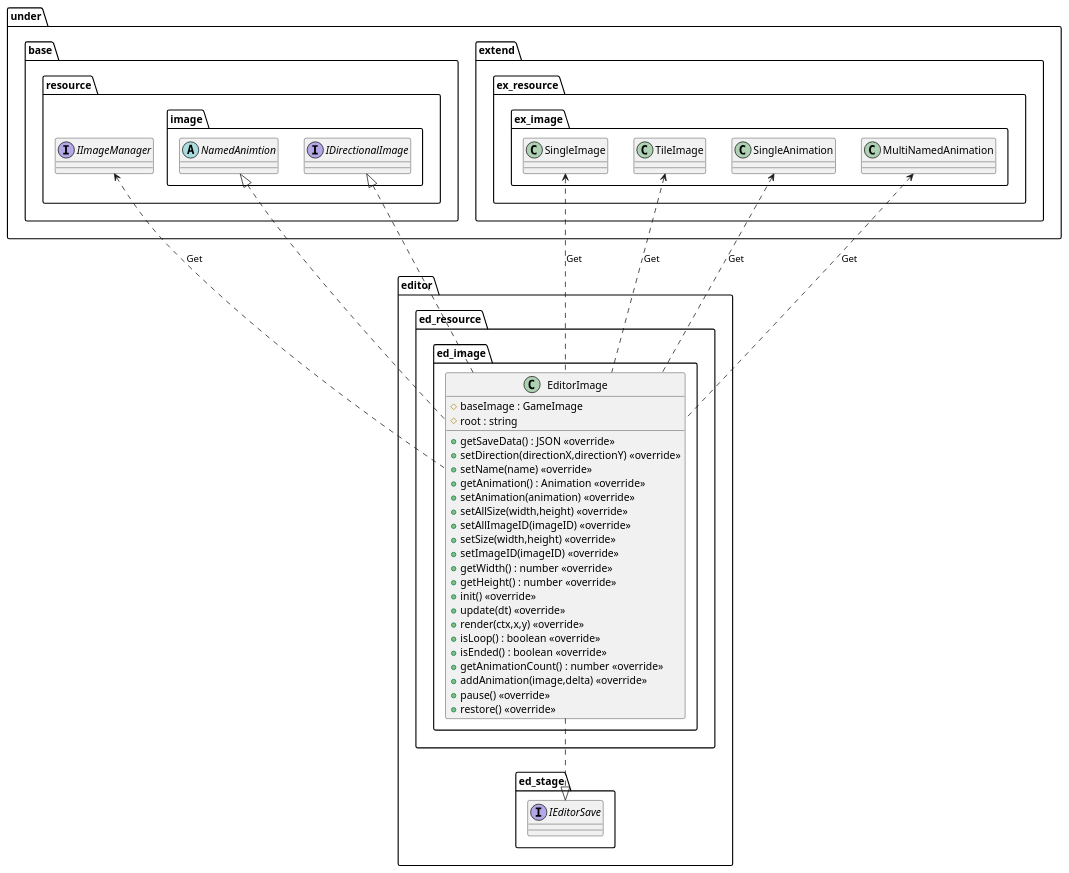
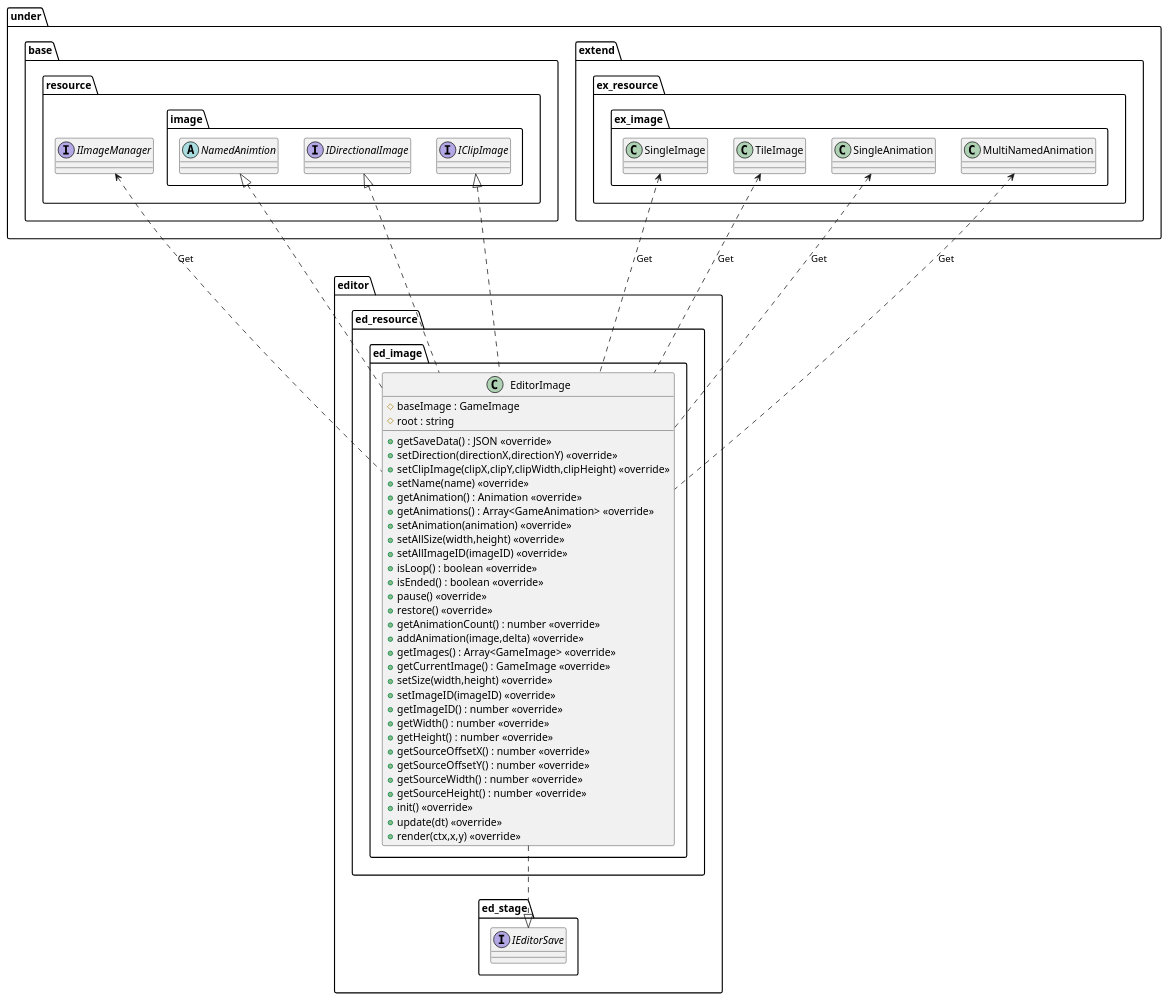
One commit to Expine/Under changed the diagram in uml/editor/element/Image.wsd. Above: the diagram before and after it, drawn with PlantUML. The commit also changed 55 other files, not shown here.

Commit message:
Add transiional image and delegate image, remove some images

```diff
--- a/uml/editor/element/Image.wsd
+++ b/uml/editor/element/Image.wsd
@@ -1,73 +1,83 @@
-@startuml EditorEvent
+@startuml EditorImage
 
 package editor {
     package ed_resource {
         package ed_image {
             class EditorImage {
                 #baseImage : GameImage
                 #root : string
                 +getSaveData() : JSON <<override>>
                 +setDirection(directionX,directionY) <<override>>
+                +setClipImage(clipX,clipY,clipWidth,clipHeight) <<override>>
                 +setName(name) <<override>>
                 +getAnimation() : Animation <<override>>
+                +getAnimations() : Array<GameAnimation> <<override>>
                 +setAnimation(animation) <<override>>
                 +setAllSize(width,height) <<override>>
                 +setAllImageID(imageID) <<override>>
+                +isLoop() : boolean <<override>>
+                +isEnded() : boolean <<override>>
+                +pause() <<override>>
+                +restore() <<override>>
+                +getAnimationCount() : number <<override>>
+                +addAnimation(image,delta) <<override>>
+                +getImages() : Array<GameImage> <<override>>
+                +getCurrentImage() : GameImage <<override>>
                 +setSize(width,height) <<override>>
                 +setImageID(imageID) <<override>>
+                +getImageID() : number <<override>>
                 +getWidth() : number <<override>>
                 +getHeight() : number <<override>>
+                +getSourceOffsetX() : number <<override>>
+                +getSourceOffsetY() : number <<override>>
+                +getSourceWidth() : number <<override>>
+                +getSourceHeight() : number <<override>>
                 +init() <<override>>
                 +update(dt) <<override>>
                 +render(ctx,x,y) <<override>>
-                +isLoop() : boolean <<override>>
-                +isEnded() : boolean <<override>>
-                +getAnimationCount() : number <<override>>
-                +addAnimation(image,delta) <<override>>
-                +pause() <<override>>
-                +restore() <<override>>
-
             }
         }
     }
 }
 
 package under {
     package base {
         package resource {
             interface IImageManager
             package image {
                 abstract NamedAnimtion
                 interface IDirectionalImage
+                interface IClipImage
             }
         }
     }
     package extend {
         package ex_resource {
             package ex_image {
                 class SingleImage
                 class TileImage
                 class SingleAnimation
                 class MultiNamedAnimation
             }
         }
     }
 }
 
 package editor {
     package ed_stage {
         interface IEditorSave
     }
 }
 
 SingleImage <.. EditorImage : Get
 TileImage <.. EditorImage : Get
 SingleAnimation <.. EditorImage : Get
 MultiNamedAnimation <.. EditorImage : Get
 IImageManager <.. EditorImage : Get
 
 NamedAnimtion <|.. EditorImage
 EditorImage ..|> IEditorSave
 IDirectionalImage <|.. EditorImage
+IClipImage <|.. EditorImage
 
 @enduml
```
